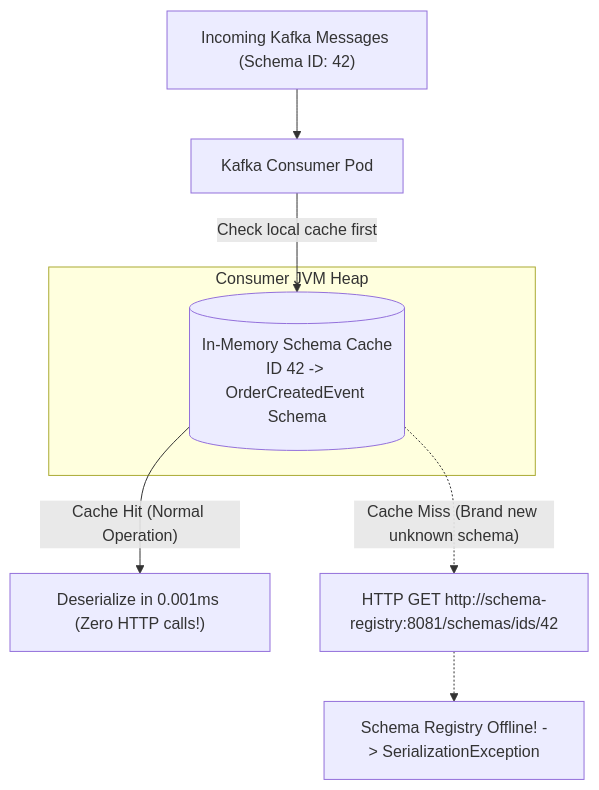
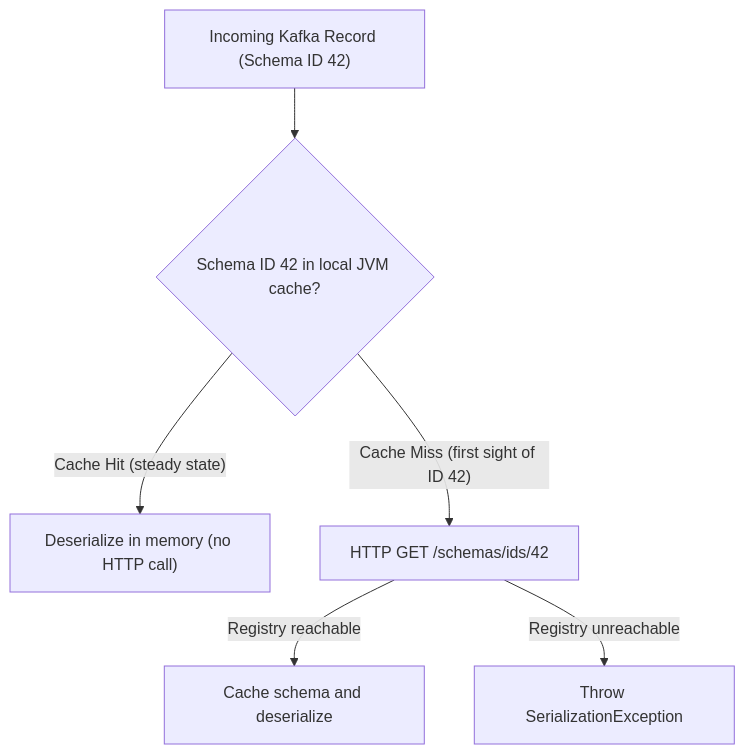
The fourth of 4 diagrams in content/roadmap/level-10/schema-registry-and-apache-avro.md (ravishankar2463/java_hub), drawn with Mermaid before and after one commit. The commit also changed other lines of this file and 119 other files, not shown here.

Commit message:
feat: add comprehensive java learning roadmap content across multiple levels

````diff
--- a/content/roadmap/level-10/schema-registry-and-apache-avro.md
+++ b/content/roadmap/level-10/schema-registry-and-apache-avro.md
@@ -337,14 +358,8 @@
 ```mermaid
 flowchart TD
-    Kafka["Incoming Kafka Messages (Schema ID: 42)"] --> Consumer["Kafka Consumer Pod"]
-    
-    subgraph RAM["Consumer JVM Heap"]
-        Cache[("In-Memory Schema Cache<br/>ID 42 -> OrderCreatedEvent Schema")]
-    end
-
-    Consumer -->|"Check local cache first"| Cache
-    Cache -- Cache Hit (Normal Operation) --> Deserialize["Deserialize in 0.001ms (Zero HTTP calls!)"]
-
-    Cache -.->|"Cache Miss (Brand new unknown schema)"| HTTP["HTTP GET http://schema-registry:8081/schemas/ids/42"]
-    HTTP -.-> Down["Schema Registry Offline! -> SerializationException"]
+    Msg["Incoming Kafka Record (Schema ID 42)"] --> Cache{"Schema ID 42 in local JVM cache?"}
+    Cache -->|"Cache Hit (steady state)"| Decode["Deserialize in memory (no HTTP call)"]
+    Cache -->|"Cache Miss (first sight of ID 42)"| Fetch["HTTP GET /schemas/ids/42"]
+    Fetch -->|"Registry reachable"| Store["Cache schema and deserialize"]
+    Fetch -->|"Registry unreachable"| Err["Throw SerializationException"]
 ```
````
